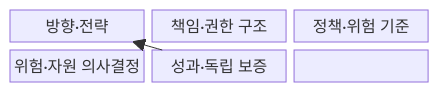
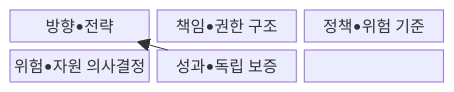
Before and after one commit to agnusdei1207/knowledge-base: the first of 2 diagrams in src/content/docs/notes/05-security/112_information_security_governance.md, drawn with Mermaid. The commit also changed other lines of this file and 953 other files, not shown here.

````diff
--- a/src/content/docs/notes/05-security/112_information_security_governance.md
+++ b/src/content/docs/notes/05-security/112_information_security_governance.md
@@ -64,12 +64,12 @@
 ```mermaid
 block
   columns 3
-  G["방향·전략"]
-  R["책임·권한 구조"]
-  P["정책·위험 기준"]
-  D["위험·자원 의사결정"]
-  A["성과·독립 보증"]
+  G["방향•전략"]
+  R["책임•권한 구조"]
+  P["정책•위험 기준"]
+  D["위험•자원 의사결정"]
+  A["성과•독립 보증"]
   G --> R --> P
   P --> D --> A
   A --> G
 ```
````
